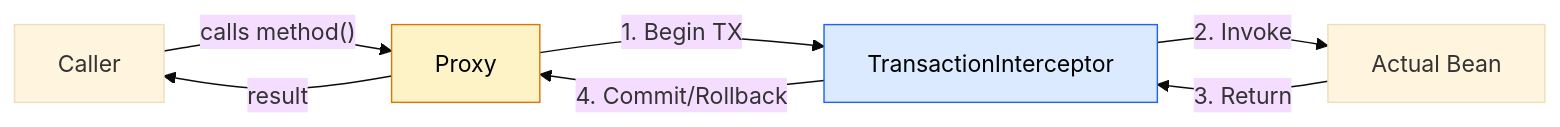
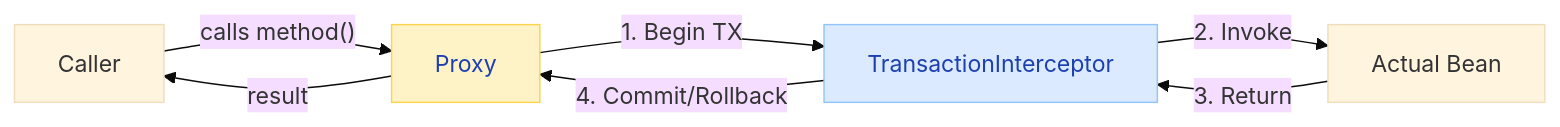
The third of 11 diagrams in docs/springboot/design-patterns.md (saivamsikaruturi/vamsilabs-dev-notes-main), drawn with Mermaid (base theme) before and after one commit. The commit also changed other lines of this file and 220 other files, not shown here.

First line of the commit message:
Add 50+ new Java/Spring Boot pages, rewrite CSS code blocks to Oracle style, fix all diagram colors

````diff
--- a/docs/springboot/design-patterns.md
+++ b/docs/springboot/design-patterns.md
@@ -154,12 +154,12 @@
 ```mermaid
 flowchart LR
     Caller -->|"calls method()"| Proxy
     Proxy -->|"1. Begin TX"| TxAdvice["TransactionInterceptor"]
     TxAdvice -->|"2. Invoke"| Target["Actual Bean"]
     Target -->|"3. Return"| TxAdvice
     TxAdvice -->|"4. Commit/Rollback"| Proxy
     Proxy -->|"result"| Caller
 
-    style Proxy fill:#FEF3C7,stroke:#D97706,color:#000
-    style TxAdvice fill:#DBEAFE,stroke:#2563EB,color:#000
+    style Proxy fill:#FEF3C7,stroke:#FCD34D,color:#1E40AF
+    style TxAdvice fill:#DBEAFE,stroke:#93C5FD,color:#1E40AF
 ```
````
